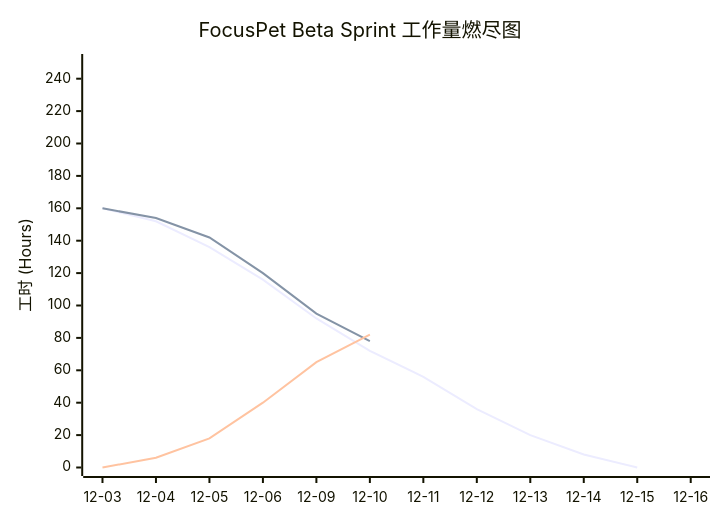
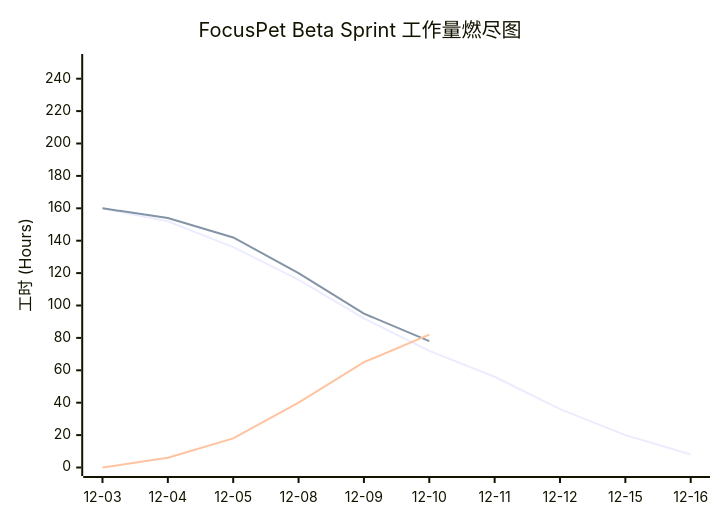
The diagram in _posts/2025-12-10-blog-post-1.md (milkieTigera/milkieTigera.github.io), drawn with Mermaid before and after one commit.

````diff
--- a/_posts/2025-12-10-blog-post-1.md
+++ b/_posts/2025-12-10-blog-post-1.md
@@ -31,10 +31,10 @@
 ```mermaid
 %%{init: {'theme':'default'}}%%
 xychart-beta
     title "FocusPet Beta Sprint 工作量燃尽图"
-    x-axis ["12-03", "12-04", "12-05", "12-06", "12-09", "12-10", "12-11", "12-12", "12-13", "12-14", "12-15", "12-16"]
+    x-axis ["12-03", "12-04", "12-05", "12-08", "12-09", "12-10", "12-11", "12-12", "12-15", "12-16"]
     y-axis "工时 (Hours)" 0 --> 250
     line "预估剩余时间" [160, 152, 136, 116, 92, 72, 56, 36, 20, 8, 0]
     line "实际剩余时间" [160, 154, 142, 120, 95, 78]
     line "实际完成时间" [0, 6, 18, 40, 65, 82]
 ```
````
